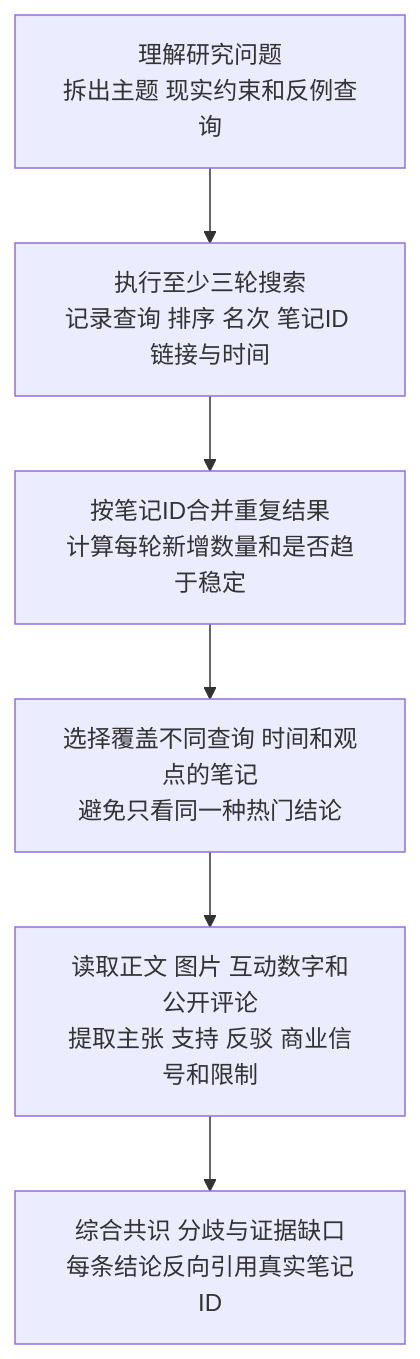
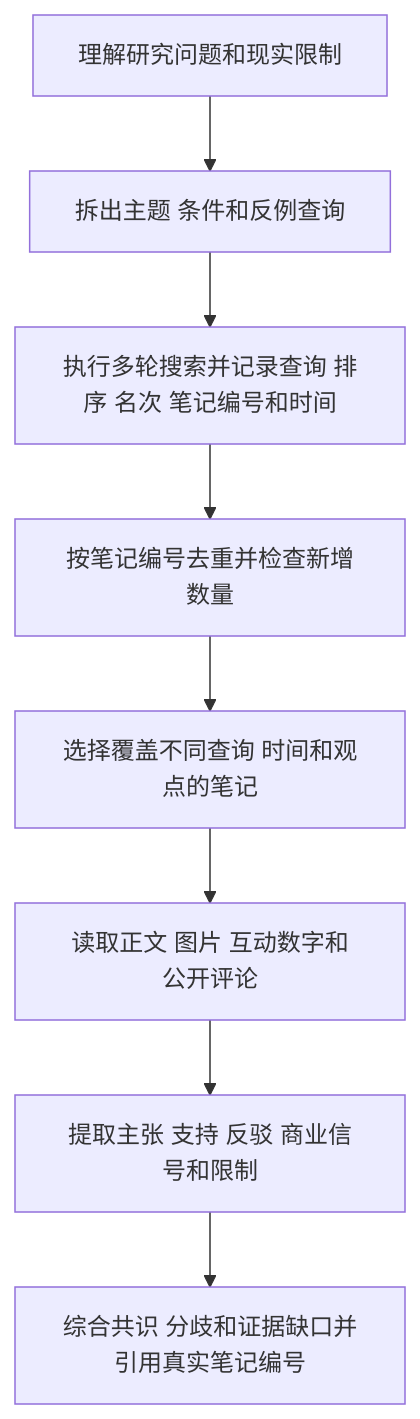
Before and after one commit to AIALRA-0/AIALRA-XIAOHONGSHU-RESEARCH: the diagram in README.md, drawn with Mermaid. The commit also changed other lines of this file and 5 other files, not shown here.

````diff
--- a/README.md
+++ b/README.md
@@ -31,8 +88,11 @@
 ```mermaid
+%% 展示小红书主题怎样从多轮搜索进入来源核验和观点综合
 flowchart TD
-    A["理解研究问题<br/>拆出主题 现实约束和反例查询"] --> B["执行至少三轮搜索<br/>记录查询 排序 名次 笔记ID 链接与时间"]
-    B --> C["按笔记ID合并重复结果<br/>计算每轮新增数量和是否趋于稳定"]
-    C --> D["选择覆盖不同查询 时间和观点的笔记<br/>避免只看同一种热门结论"]
-    D --> E["读取正文 图片 互动数字和公开评论<br/>提取主张 支持 反驳 商业信号和限制"]
-    E --> F["综合共识 分歧与证据缺口<br/>每条结论反向引用真实笔记ID"]
+    A[理解研究问题和现实限制] --> B[拆出主题 条件和反例查询]
+    B --> C[执行多轮搜索并记录查询 排序 名次 笔记编号和时间]
+    C --> D[按笔记编号去重并检查新增数量]
+    D --> E[选择覆盖不同查询 时间和观点的笔记]
+    E --> F[读取正文 图片 互动数字和公开评论]
+    F --> G[提取主张 支持 反驳 商业信号和限制]
+    G --> H[综合共识 分歧和证据缺口并引用真实笔记编号]
 ```
````
